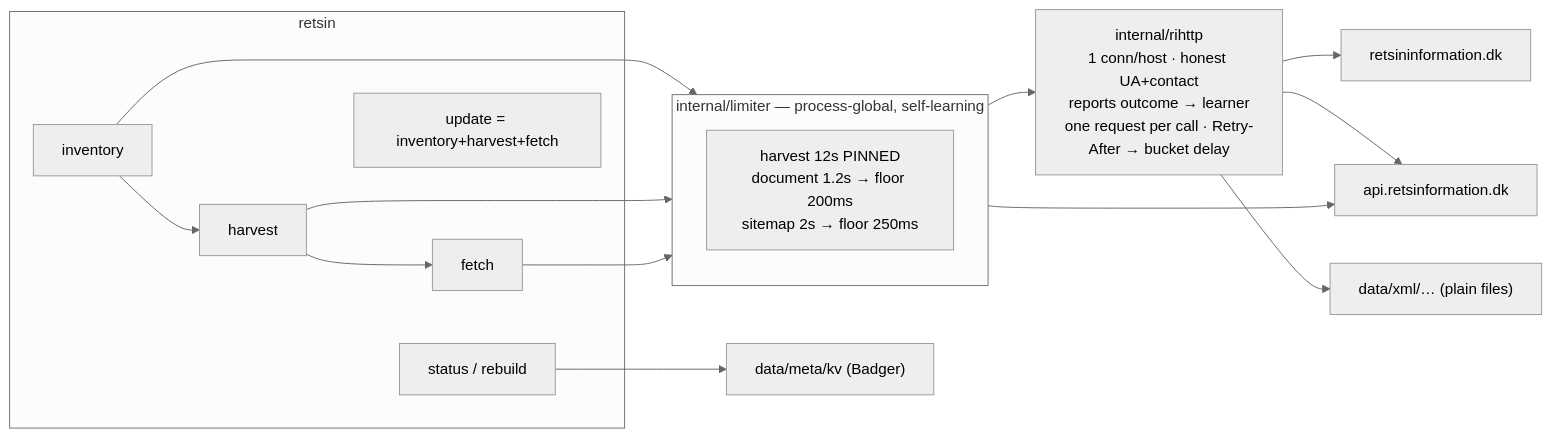
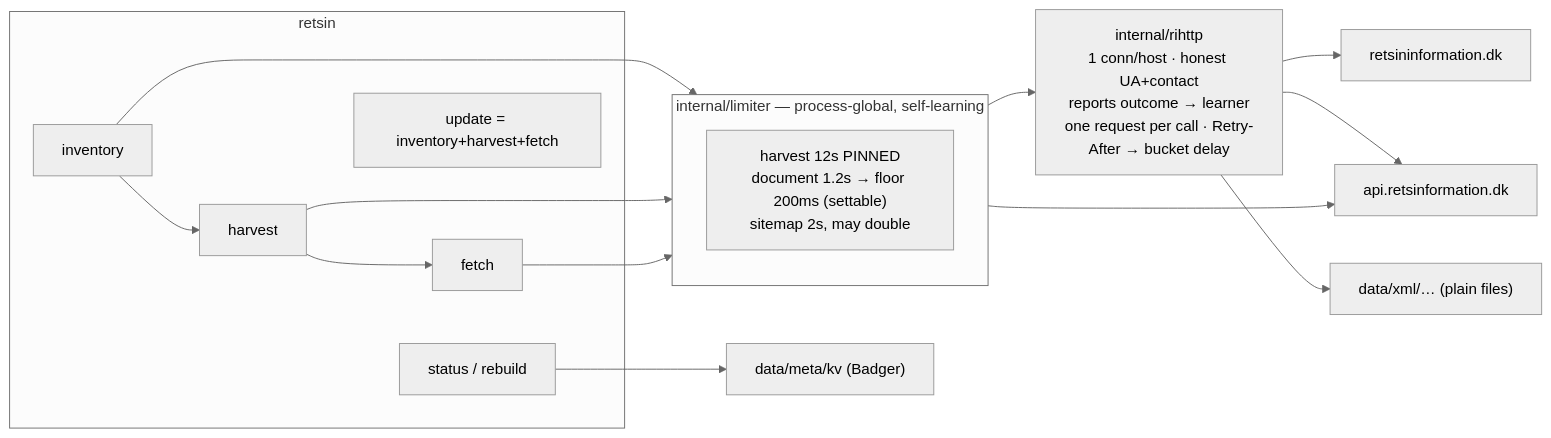
One commit to lkarlslund/lovkilde changed the diagram in README.md. Above: the diagram before and after it, drawn with Mermaid (neutral theme). The commit also changed other lines of this file and 4 other files, not shown here.

First line of the commit message:
Document floor is a default, not a limit

````diff
--- a/README.md
+++ b/README.md
@@ -68,17 +68,17 @@
 ```mermaid
 flowchart LR
   subgraph CLI["retsin"]
     C1["inventory"] --> C2["harvest"] --> C3["fetch"]
     U["update = inventory+harvest+fetch"]
     S["status / rebuild"]
   end
   subgraph PACE["internal/limiter — process-global, self-learning"]
-    B["harvest 12s PINNED<br/>document 1.2s → floor 200ms<br/>sitemap 2s → floor 250ms"]
+    B["harvest 12s PINNED<br/>document 1.2s → floor 200ms (settable)<br/>sitemap 2s, may double"]
   end
   C1 & C2 & C3 --> PACE --> H["internal/rihttp<br/>1 conn/host · honest UA+contact<br/>reports outcome → learner<br/>one request per call · Retry-After → bucket delay"]
   H --> RI["retsininformation.dk"]
   PACE --> RI2["api.retsinformation.dk"]
   H --> RI2
   H --> A["data/xml/… (plain files)"]
   S --> K["data/meta/kv (Badger)"]
 ```
````
